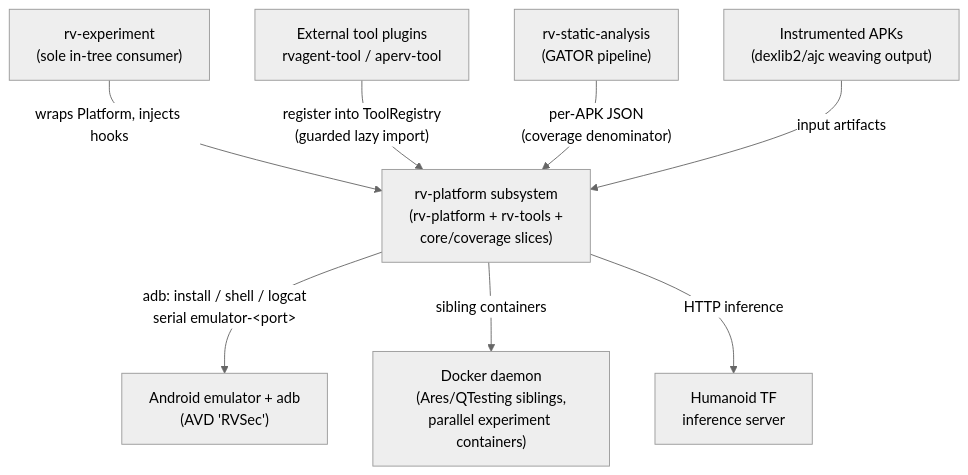
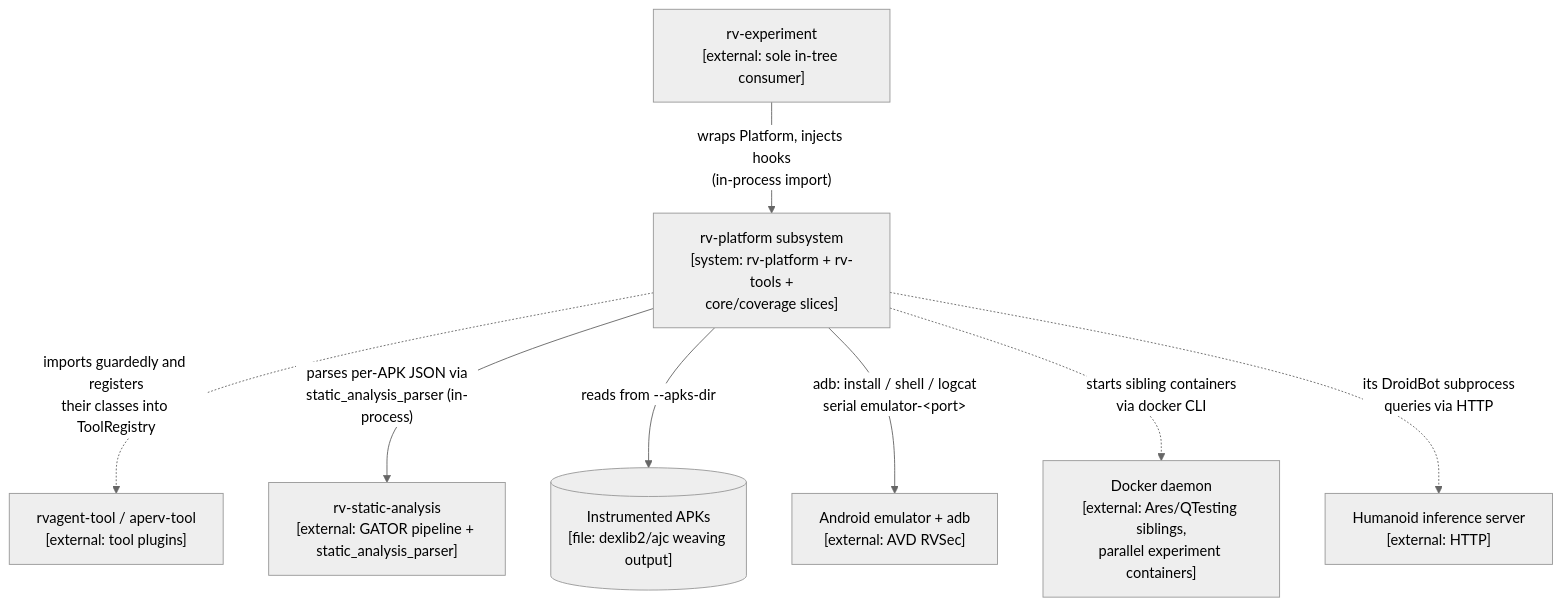
Before and after one commit to PAMunb/rvsec: the first of 6 diagrams in rv-android/docs/architecture/rv-platform.md, drawn with Mermaid. The commit also changed other lines of this file and 7 other files, not shown here.

````diff
--- a/rv-android/docs/architecture/rv-platform.md
+++ b/rv-android/docs/architecture/rv-platform.md
@@ -150,20 +156,21 @@
 ```mermaid
 %%{init: {'theme': 'neutral'}}%%
 flowchart TB
-    rvexp["rv-experiment<br/>(sole in-tree consumer)"]
-    plugins["External tool plugins<br/>rvagent-tool / aperv-tool"]
-    sa["rv-static-analysis<br/>(GATOR pipeline)"]
-    apks["Instrumented APKs<br/>(dexlib2/ajc weaving output)"]
-    platform["rv-platform subsystem<br/>(rv-platform + rv-tools +<br/>core/coverage slices)"]
-    emu["Android emulator + adb<br/>(AVD 'RVSec')"]
-    docker["Docker daemon<br/>(Ares/QTesting siblings,<br/>parallel experiment containers)"]
-    humanoid["Humanoid TF<br/>inference server"]
+    %% Source: modules/rv-platform/src/rv_platform/__init__.py, modules/rv-platform/src/rv_platform/platform.py, modules/rv-platform/src/rv_platform/components/static_analysis.py, modules/rv-android-core/src/rv_android_core/util/android/, modules/rv-tools/src/rv_tools/builtin/
+    rvexp["rv-experiment<br/>[external: sole in-tree consumer]"]
+    plugins["rvagent-tool / aperv-tool<br/>[external: tool plugins]"]
+    sa["rv-static-analysis<br/>[external: GATOR pipeline + static_analysis_parser]"]
+    apks[("Instrumented APKs<br/>[file: dexlib2/ajc weaving output]")]
+    platform["rv-platform subsystem<br/>[system: rv-platform + rv-tools +<br/>core/coverage slices]"]
+    emu["Android emulator + adb<br/>[external: AVD RVSec]"]
+    docker["Docker daemon<br/>[external: Ares/QTesting siblings,<br/>parallel experiment containers]"]
+    humanoid["Humanoid inference server<br/>[external: HTTP]"]
 
-    rvexp -->|"wraps Platform, injects hooks"| platform
-    plugins -->|"register into ToolRegistry<br/>(guarded lazy import)"| platform
-    sa -->|"per-APK JSON<br/>(coverage denominator)"| platform
-    apks -->|"input artifacts"| platform
+    rvexp -->|"wraps Platform, injects hooks<br/>(in-process import)"| platform
+    platform -.->|"imports guardedly and registers<br/>their classes into ToolRegistry"| plugins
+    platform -->|"parses per-APK JSON via<br/>static_analysis_parser (in-process)"| sa
+    platform -->|"reads from --apks-dir"| apks
     platform -->|"adb: install / shell / logcat<br/>serial emulator-&lt;port&gt;"| emu
-    platform -->|"sibling containers"| docker
-    platform -->|"HTTP inference"| humanoid
+    platform -.->|"starts sibling containers<br/>via docker CLI"| docker
+    platform -.->|"its DroidBot subprocess<br/>queries via HTTP"| humanoid
 ```
````
